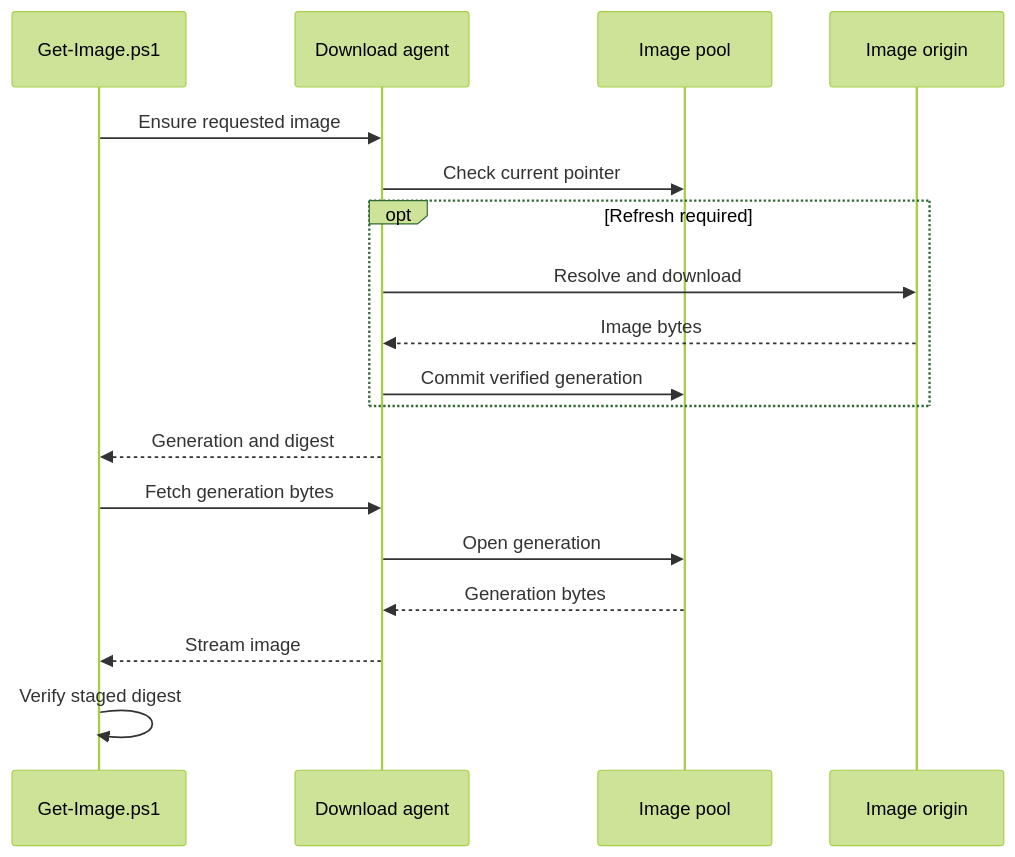
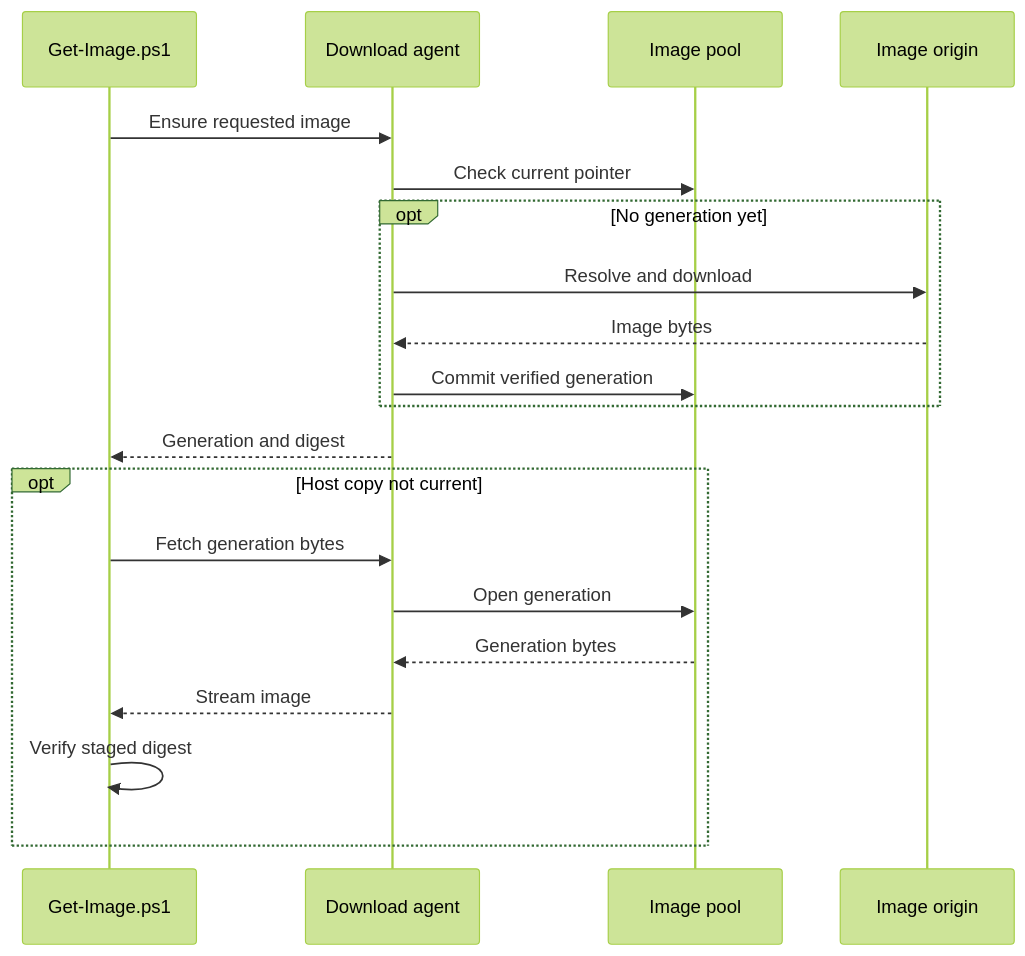
Before and after one commit to alissonsol/yuruna: the fourth of 7 diagrams in docs/design/03-data-flows.md, drawn with Mermaid (forest theme). The commit also changed other lines of this file and 930 other files, not shown here.

````diff
--- a/docs/design/03-data-flows.md
+++ b/docs/design/03-data-flows.md
@@ -142,20 +142,22 @@
 ```mermaid
 sequenceDiagram
     participant get-image as Get-Image.ps1
     participant download-agent-service as Download agent
     participant images as Image pool
     participant upstream as Image origin
     get-image->>download-agent-service: Ensure requested image
     download-agent-service->>images: Check current pointer
-    opt Refresh required
+    opt No generation yet
         download-agent-service->>upstream: Resolve and download
         upstream-->>download-agent-service: Image bytes
         download-agent-service->>images: Commit verified generation
     end
     download-agent-service-->>get-image: Generation and digest
-    get-image->>download-agent-service: Fetch generation bytes
-    download-agent-service->>images: Open generation
-    images-->>download-agent-service: Generation bytes
-    download-agent-service-->>get-image: Stream image
-    get-image->>get-image: Verify staged digest
+    opt Host copy not current
+        get-image->>download-agent-service: Fetch generation bytes
+        download-agent-service->>images: Open generation
+        images-->>download-agent-service: Generation bytes
+        download-agent-service-->>get-image: Stream image
+        get-image->>get-image: Verify staged digest
+    end
 ```
````
